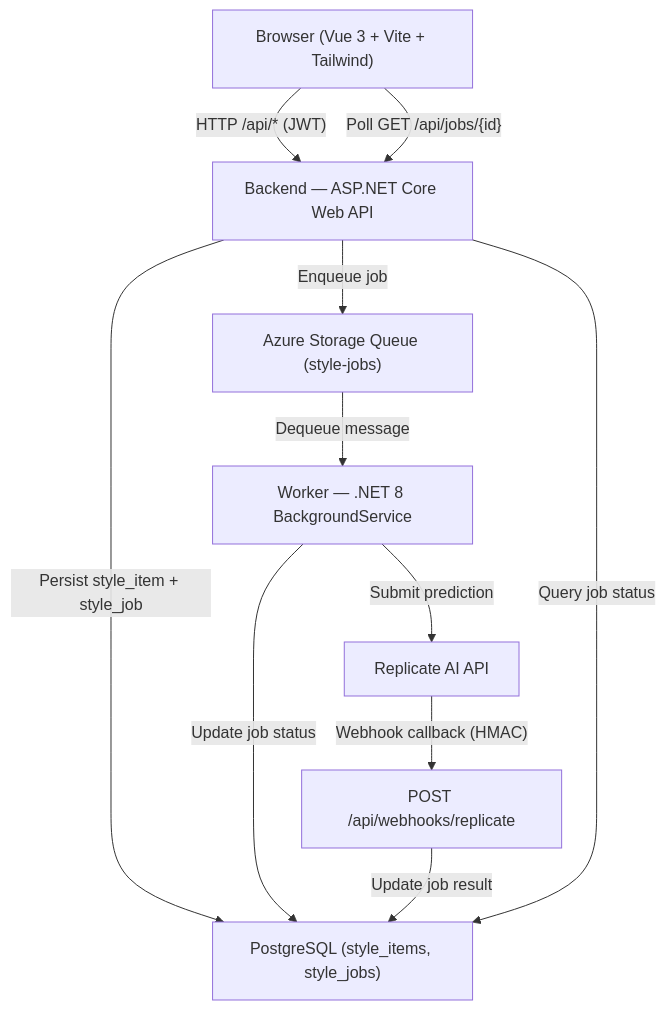
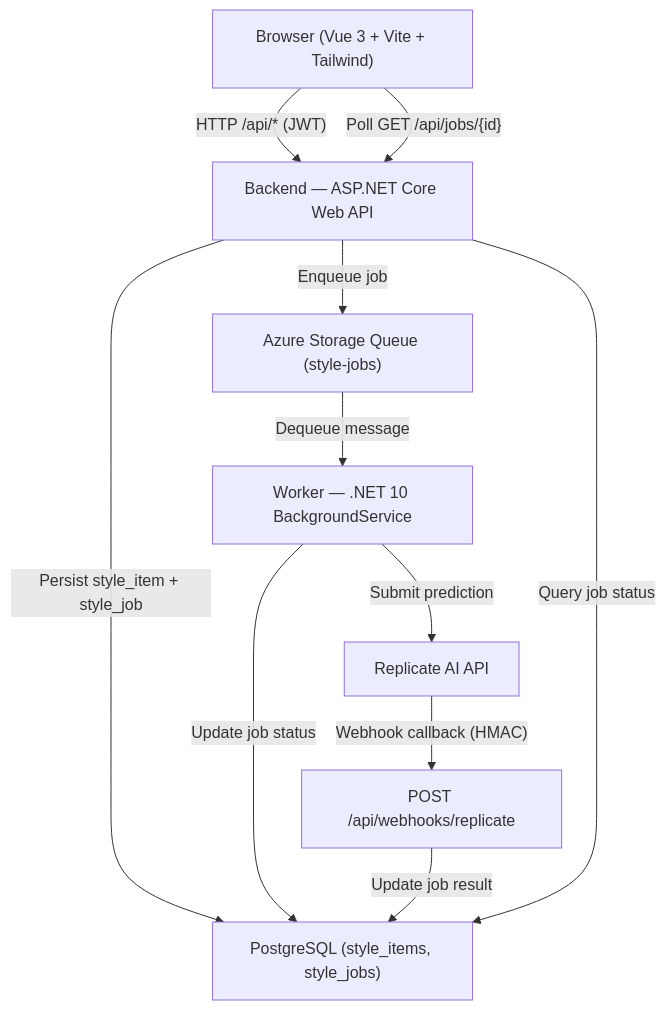
One commit to DanJ210/HowDoILook changed the diagram in ai-style-app/docs/architecture.md. Above: the diagram before and after it, drawn with Mermaid. The commit also changed other lines of this file and 11 other files, not shown here.

````diff
--- a/ai-style-app/docs/architecture.md
+++ b/ai-style-app/docs/architecture.md
@@ -5,21 +5,21 @@
 ```mermaid
 graph TD
     User["Browser (Vue 3 + Vite + Tailwind)"]
     API["Backend — ASP.NET Core Web API"]
     Queue["Azure Storage Queue (style-jobs)"]
-    Worker["Worker — .NET 8 BackgroundService"]
+    Worker["Worker — .NET 10 BackgroundService"]
     DB["PostgreSQL (style_items, style_jobs)"]
     Replicate["Replicate AI API"]
     Webhook["POST /api/webhooks/replicate"]
 
     User -->|"HTTP /api/*  (JWT)"| API
     API -->|"Persist style_item + style_job"| DB
     API -->|"Enqueue job"| Queue
     Queue -->|"Dequeue message"| Worker
     Worker -->|"Update job status"| DB
     Worker -->|"Submit prediction"| Replicate
     Replicate -->|"Webhook callback (HMAC)"| Webhook
     Webhook -->|"Update job result"| DB
     User -->|"Poll GET /api/jobs/{id}"| API
     API -->|"Query job status"| DB
 ```
````
